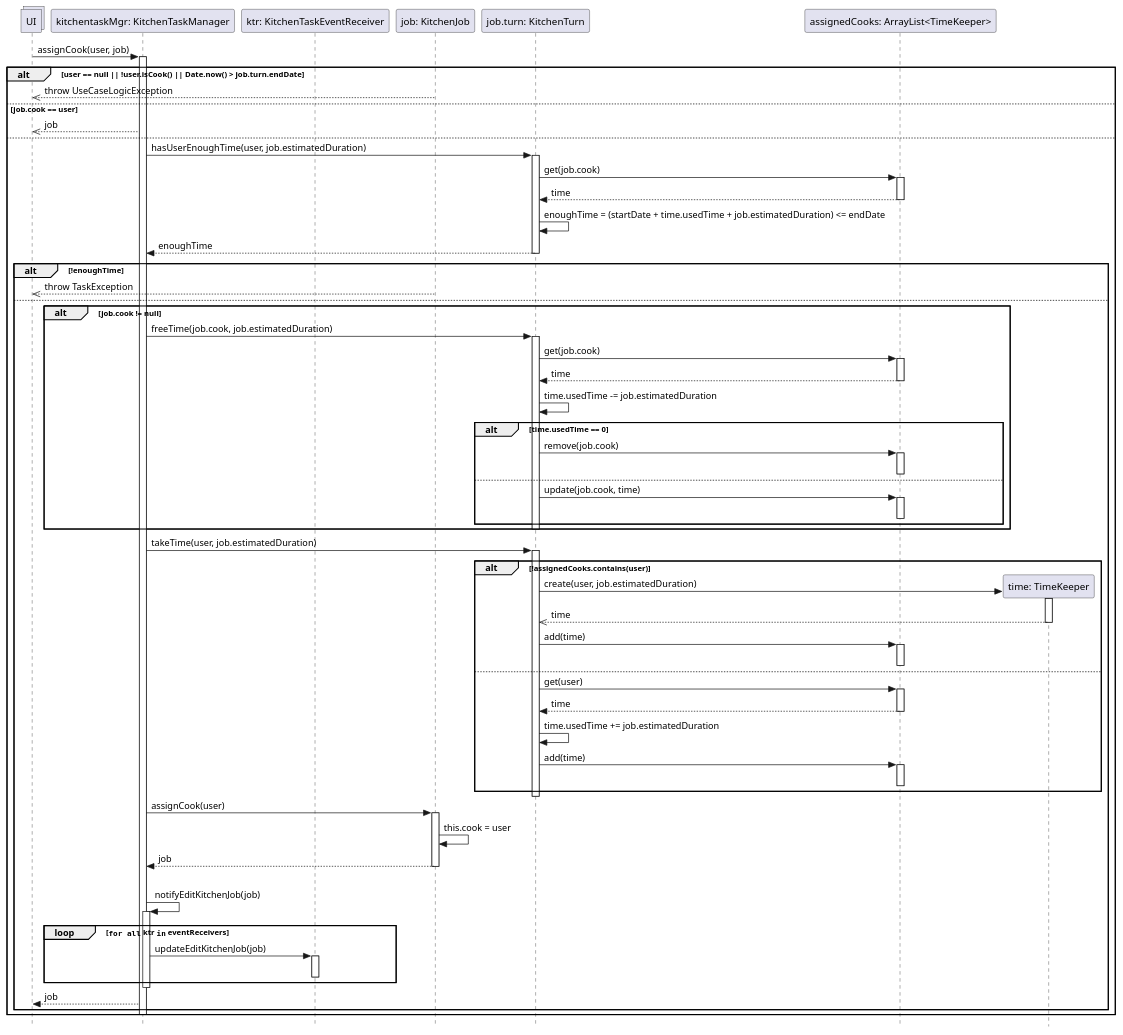
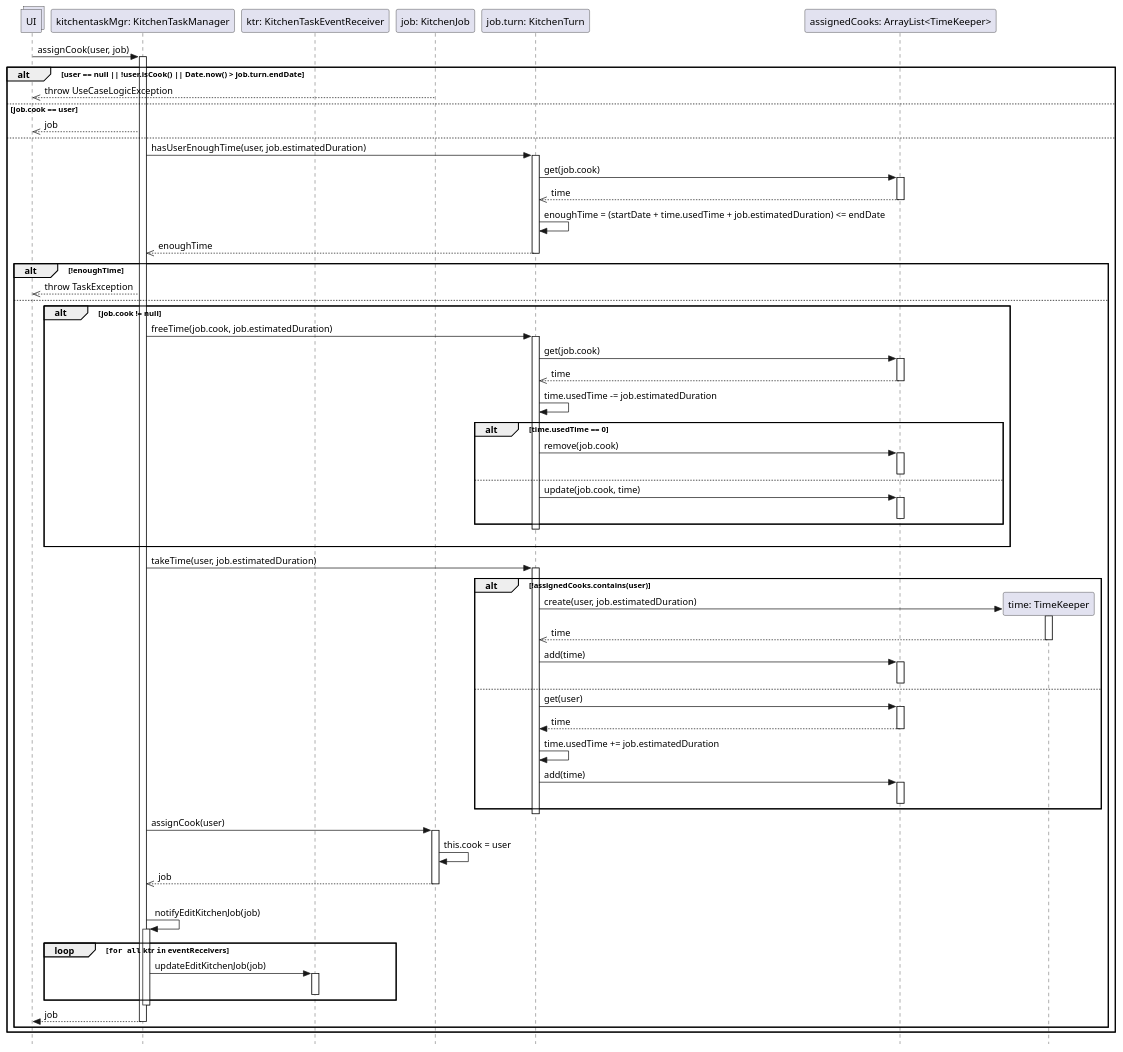
The diagram in UP/Progettazione/UC Gestire Compiti Cucina/DSD/DSD Operazione 6c.puml (stefa168/sas-project), drawn with PlantUML before and after one commit. The commit also changed 2 other files, not shown here.

```diff
--- a/UP/Progettazione/UC Gestire Compiti Cucina/DSD/DSD Operazione 6c.puml
+++ b/UP/Progettazione/UC Gestire Compiti Cucina/DSD/DSD Operazione 6c.puml
@@ -1,104 +1,108 @@
 @startuml
 skinparam Style strictuml
 
 collections UI
 
 participant "kitchentaskMgr: KitchenTaskManager" as ktm
 participant "ktr: KitchenTaskEventReceiver" as ktr
 participant "job: KitchenJob" as job
 participant "job.turn: KitchenTurn" as turn
 participant "assignedCooks: ArrayList<TimeKeeper>" as cooks
 
 UI -> ktm: assignCook(user, job)
 activate ktm
 alt user == null || !user.isCook() || Date.now() > job.turn.endDate
     UI <<-- job: throw UseCaseLogicException
 else job.cook == user
     UI <<-- ktm: job
 else
     ktm -> turn: hasUserEnoughTime(user, job.estimatedDuration)
     activate turn
 
     turn -> cooks: get(job.cook)
     activate cooks
-    return time
+    turn <<--cooks: time
+    deactivate cooks
 
     turn -> turn: enoughTime = (startDate + time.usedTime + job.estimatedDuration) <= endDate
 
-    return enoughTime
+    ktm <<-- turn: enoughTime
     deactivate turn
 
     alt !enoughTime
-        UI <<-- job: throw TaskException
+        UI <<-- ktm: throw TaskException
     else
         alt job.cook != null
             ktm -> turn: freeTime(job.cook, job.estimatedDuration)
             activate turn
             turn -> cooks: get(job.cook)
             activate cooks
-            return time
+            turn <<-- cooks: time
+            deactivate cooks
 
             turn -> turn: time.usedTime -= job.estimatedDuration
 
             ' se per caso liberando del tempo ci accorgiamo che il TimeKeeper è vuoto, cancelliamolo.
             alt time.usedTime == 0
                 turn -> cooks: remove(job.cook)
                 activate cooks
                 deactivate cooks
             ' altrimenti aggiorniamo il tempo.
             else
                 turn -> cooks: update(job.cook, time)
                 activate cooks
                 deactivate cooks
             end
             deactivate turn
+            |||
         end
 
         ktm -> turn: takeTime(user, job.estimatedDuration)
         activate turn
 
         participant "time: TimeKeeper" as newTime
 
         ' potrebbe trattarsi del primo incarico assegnato all cuoco in questo turno.
         alt !assignedCooks.contains(user)
             turn -> newTime**: create(user, job.estimatedDuration)
             activate newTime
             turn <<-- newTime: time
             deactivate newTime
 
             turn -> cooks: add(time)
             activate cooks
             deactivate cooks
         else
             turn -> cooks: get(user)
             activate cooks
             return time
 
             turn -> turn: time.usedTime += job.estimatedDuration
 
             turn -> cooks: add(time)
             activate cooks
             deactivate cooks
         end
         deactivate turn
 
         ktm -> job: assignCook(user)
         activate job
         job -> job: this.cook = user
-        return job
+        ktm <<-- job: job
+        deactivate job
 
         |||
         ktm -> ktm: notifyEditKitchenJob(job)
         activate ktm
         loop ""for all"" ktr ""in"" eventReceivers
             ktm -> ktr : updateEditKitchenJob(job)
             activate ktr
             deactivate ktr
         end
         deactivate ktm
 
         UI <-- ktm: job
+        deactivate ktm
         end
-deactivate ktm
 end
 @enduml
```
